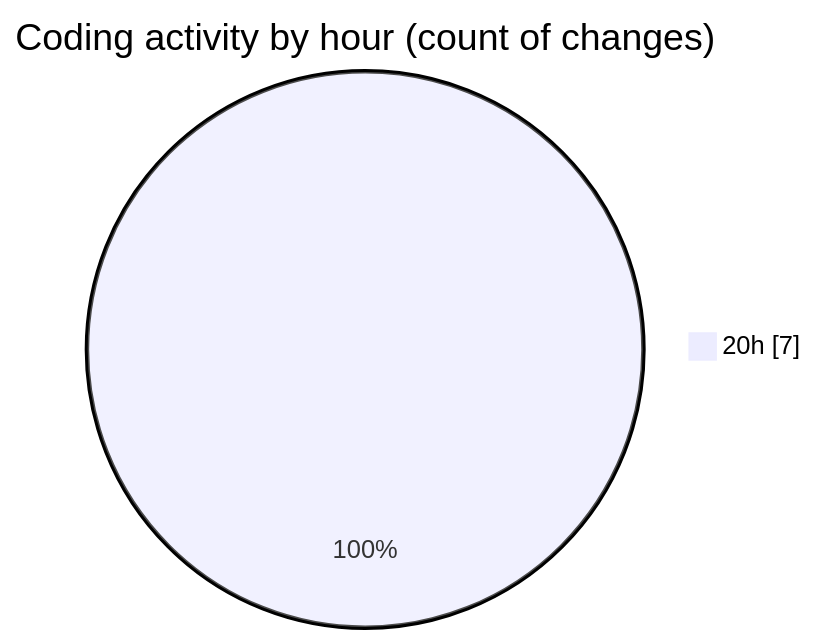
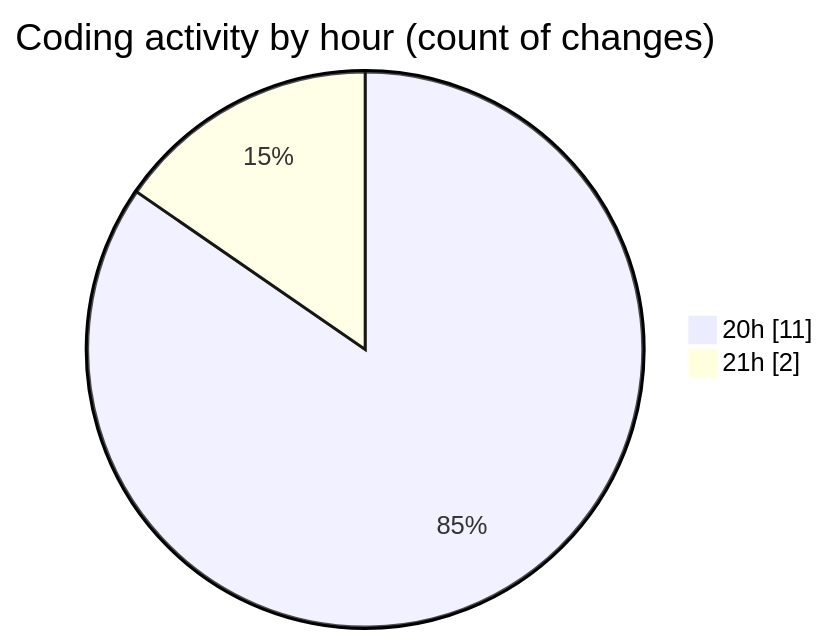
One commit to Elitesun/code-tracking changed the second of 2 diagrams in 2025-02-21/elitegpt/README.md. Above: the diagram before and after it, drawn with Mermaid. The commit also changed other lines of this file and 1 other file, not shown here.

````diff
--- a/2025-02-21/elitegpt/README.md
+++ b/2025-02-21/elitegpt/README.md
@@ -30,5 +31,6 @@
 ```mermaid
 pie showData
 title Coding activity by hour (count of changes)
-"20h" : 7
+"20h" : 11
+"21h" : 2
 ```
````
